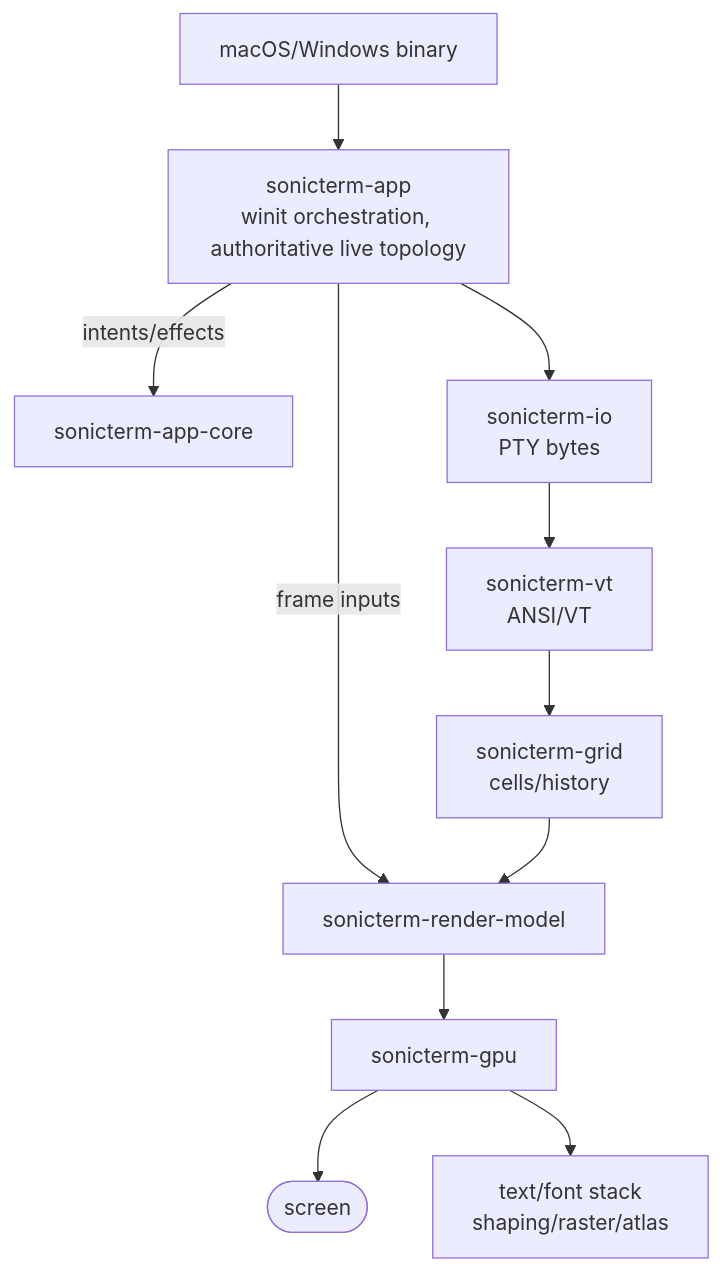
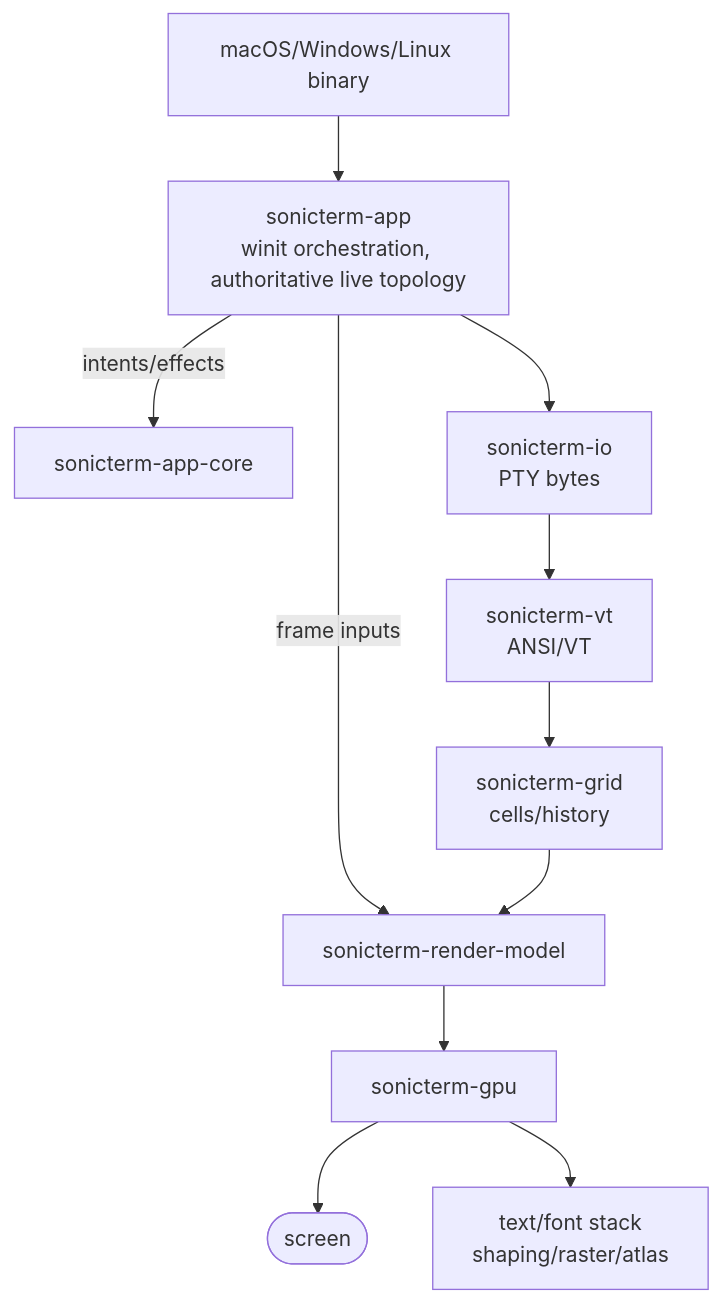
The first of 2 diagrams in wiki/Architecture.md (D0n9X1n/SonicTerm), drawn with Mermaid before and after one commit. The commit also changed other lines of this file and 70 other files, not shown here.

````diff
--- a/wiki/Architecture.md
+++ b/wiki/Architecture.md
@@ -26,24 +26,24 @@
 ```mermaid
 flowchart TD
-    bin["macOS/Windows binary"]
+    bin["macOS/Windows/Linux binary"]
     app["sonicterm-app<br/>winit orchestration, authoritative live topology"]
     core["sonicterm-app-core"]
     rm["sonicterm-render-model"]
     gpu["sonicterm-gpu"]
     screen(["screen"])
     io["sonicterm-io<br/>PTY bytes"]
     vt["sonicterm-vt<br/>ANSI/VT"]
     grid["sonicterm-grid<br/>cells/history"]
     text["text/font stack<br/>shaping/raster/atlas"]
 
     bin --> app
     app -- "intents/effects" --> core
     app -- "frame inputs" --> rm
     app --> io
     io --> vt
     vt --> grid
     grid --> rm
     rm --> gpu
     gpu --> screen
     gpu --> text
 ```
````
